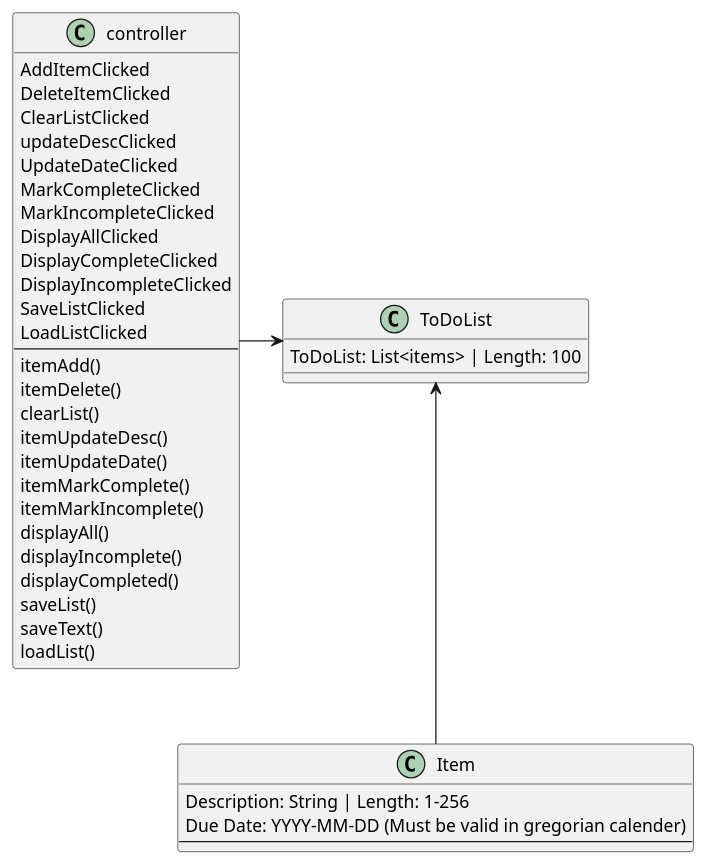
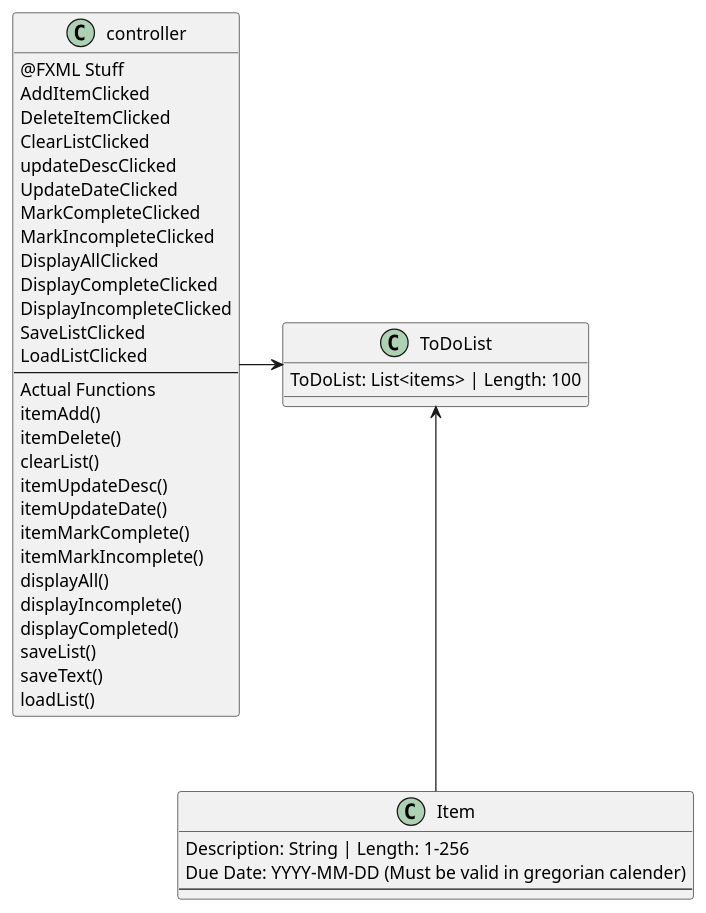
One commit to apatheticzekrom/Giang-cop3330-assignment4part2 changed the diagram in uml/classdiagram.puml. Above: the diagram before and after it, drawn with PlantUML. The commit also changed 12 other files, not shown here.

```diff
--- a/uml/classdiagram.puml
+++ b/uml/classdiagram.puml
@@ -1,46 +1,49 @@
 @startuml
 'https://plantuml.com/class-diagram
 
 class ToDoList {
 ToDoList: List<items> | Length: 100
 }
 
 class Item {
 Description: String | Length: 1-256
 Due Date: YYYY-MM-DD (Must be valid in gregorian calender)
 ----
 }
 
 controller -> ToDoList
 ToDoList <-- Item
 
 class controller {
+@FXML Stuff
 AddItemClicked
 DeleteItemClicked
 ClearListClicked
 updateDescClicked
 UpdateDateClicked
 MarkCompleteClicked
 MarkIncompleteClicked
 DisplayAllClicked
 DisplayCompleteClicked
 DisplayIncompleteClicked
 SaveListClicked
 LoadListClicked
 ----
+Actual Functions
 itemAdd()
 itemDelete()
 clearList()
 itemUpdateDesc()
 itemUpdateDate()
 itemMarkComplete()
 itemMarkIncomplete()
 displayAll()
 displayIncomplete()
 displayCompleted()
 saveList()
 saveText()
 loadList()
 }
 
+
 @enduml
```
